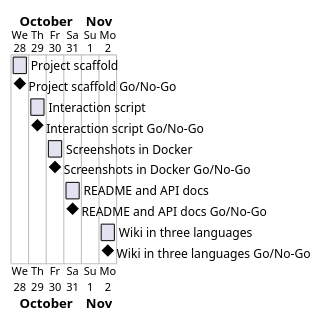
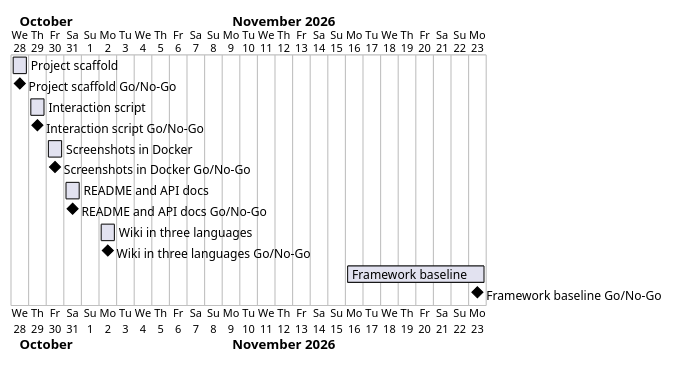
The diagram in docs/project-plan.md (Tirsvad-Udemy-100-days-of-code/048-scrapping-wiki), drawn with PlantUML before and after one commit. The commit also changed other lines of this file and 26 other files, not shown here.

First line of the commit message:
MIL-006: Bring Scraping Wiki to the framework baseline

````diff
--- a/docs/project-plan.md
+++ b/docs/project-plan.md
@@ -42,15 +46,17 @@
 ```plantuml
 @startgantt
 Project starts 2026-10-28
 [Project scaffold] starts 2026-10-28 and ends 2026-10-28
 [Project scaffold Go/No-Go] happens 2026-10-28
 [Interaction script] starts 2026-10-29 and ends 2026-10-29
 [Interaction script Go/No-Go] happens 2026-10-29
 [Screenshots in Docker] starts 2026-10-30 and ends 2026-10-30
 [Screenshots in Docker Go/No-Go] happens 2026-10-30
 [README and API docs] starts 2026-10-31 and ends 2026-10-31
 [README and API docs Go/No-Go] happens 2026-10-31
 [Wiki in three languages] starts 2026-11-02 and ends 2026-11-02
 [Wiki in three languages Go/No-Go] happens 2026-11-02
+[Framework baseline] starts 2026-11-16 and ends 2026-11-23
+[Framework baseline Go/No-Go] happens 2026-11-23
 @endgantt
 ```
````
